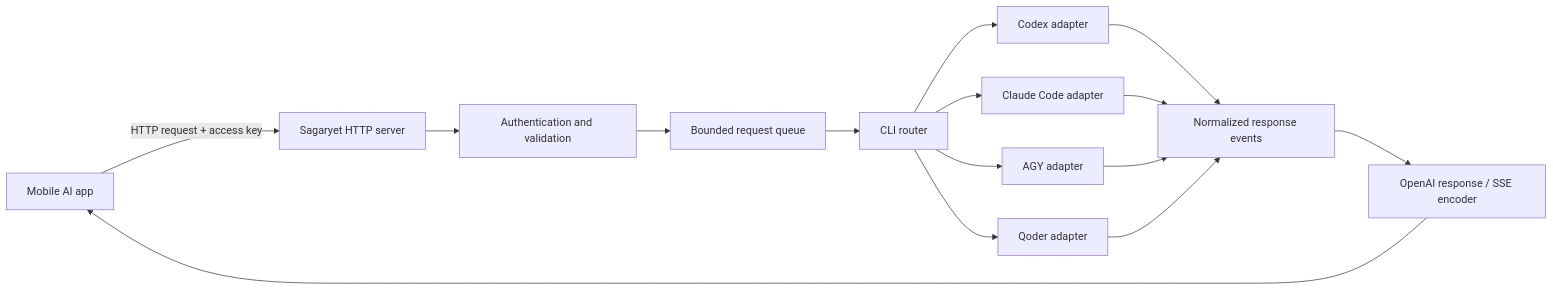
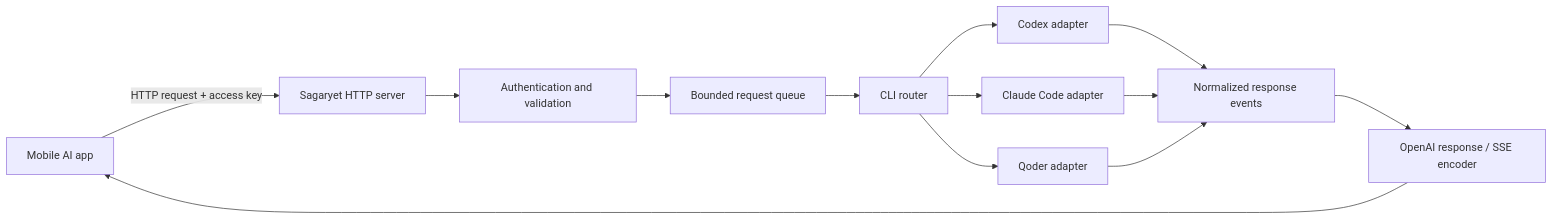
The diagram in plan.md (saturngod/sagaryet), drawn with Mermaid before and after one commit. The commit also changed other lines of this file and 9 other files, not shown here.

````diff
--- a/plan.md
+++ b/plan.md
@@ -76,17 +78,15 @@
 ```mermaid
 flowchart LR
     M[Mobile AI app] -->|HTTP request + access key| H[Sagaryet HTTP server]
     H --> V[Authentication and validation]
     V --> Q[Bounded request queue]
     Q --> R[CLI router]
     R --> C[Codex adapter]
     R --> A[Claude Code adapter]
-    R --> G[AGY adapter]
     R --> D[Qoder adapter]
     C --> E[Normalized response events]
     A --> E
-    G --> E
     D --> E
     E --> S[OpenAI response / SSE encoder]
     S --> M
 ```
````
